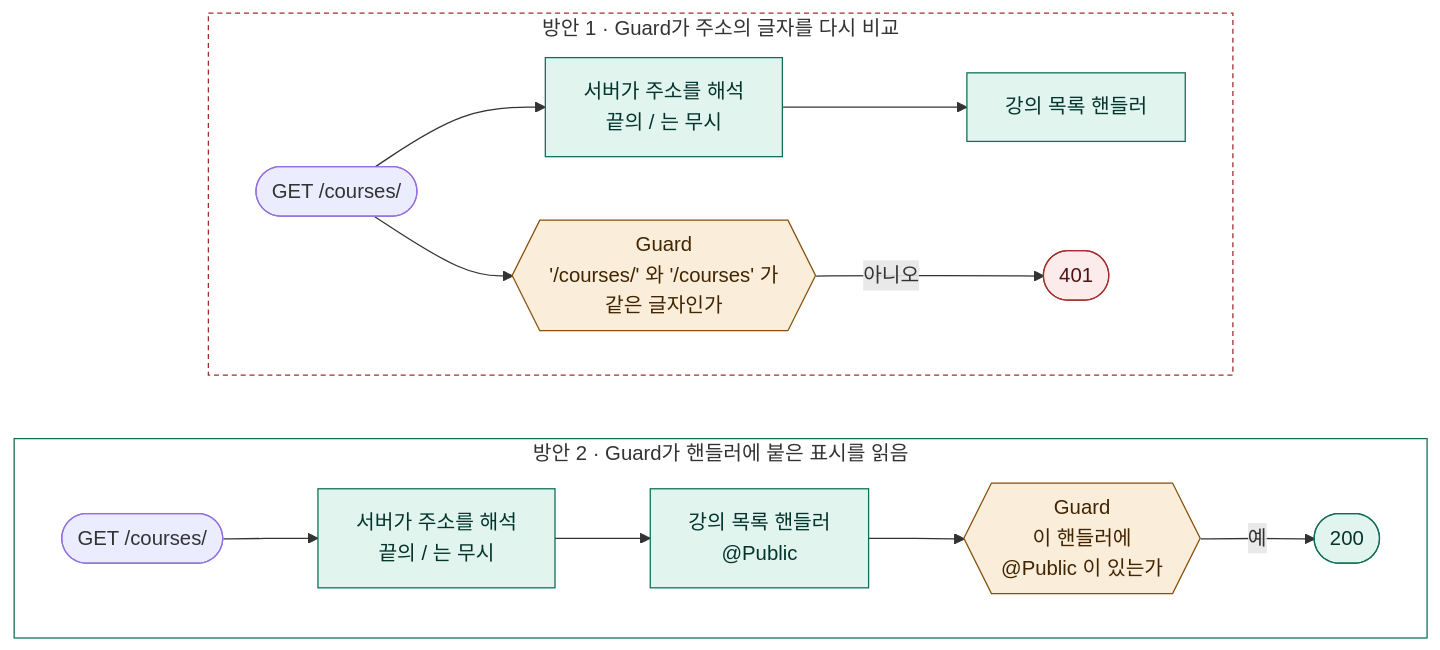
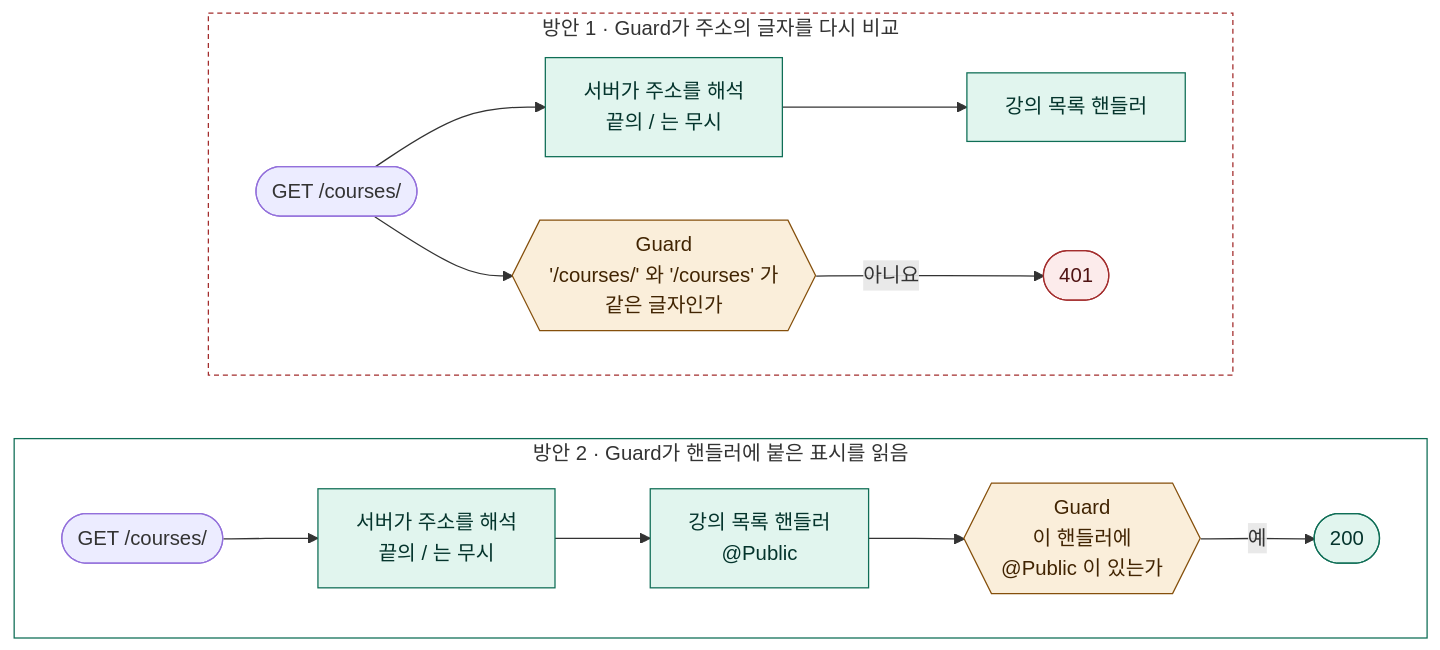
The third of 4 diagrams in docs/diagnosis/defect-2.md (loquemedalagana/secure-enroll-demo), drawn with Mermaid before and after one commit. The commit also changed other lines of this file, not shown here.

````diff
--- a/docs/diagnosis/defect-2.md
+++ b/docs/diagnosis/defect-2.md
@@ -341,36 +341,36 @@
 ```mermaid
 flowchart TB
   subgraph A["방안 1 · Guard가 주소의 글자를 다시 비교"]
     direction LR
     a0(["GET /courses/"])
     a1["서버가 주소를 해석<br/>끝의 / 는 무시"]
     a2["강의 목록 핸들러"]
     a3{{"Guard<br/>'/courses/' 와 '/courses' 가<br/>같은 글자인가"}}
     a4(["401"])
     a0 --> a1 --> a2
     a0 --> a3
-    a3 -- "아니오" --> a4
+    a3 -- "아니요" --> a4
   end
 
   subgraph B["방안 2 · Guard가 핸들러에 붙은 표시를 읽음"]
     direction LR
     b0(["GET /courses/"])
     b1["서버가 주소를 해석<br/>끝의 / 는 무시"]
     b2["강의 목록 핸들러<br/>@Public"]
     b3{{"Guard<br/>이 핸들러에<br/>@Public 이 있는가"}}
     b4(["200"])
     b0 --> b1 --> b2 --> b3
     b3 -- "예" --> b4
   end
 
   A ~~~ B
 
   classDef safe fill:#E1F5EE,stroke:#0F6E56,color:#04342C
   classDef danger fill:#FCEBEB,stroke:#A32D2D,color:#501313
   classDef check fill:#FAEEDA,stroke:#854F0B,color:#412402
   class a1,a2,b1,b2,b4 safe
   class a4 danger
   class a3,b3 check
   style A fill:none,stroke:#A32D2D,stroke-dasharray:4 3
   style B fill:none,stroke:#0F6E56
 ```
````
